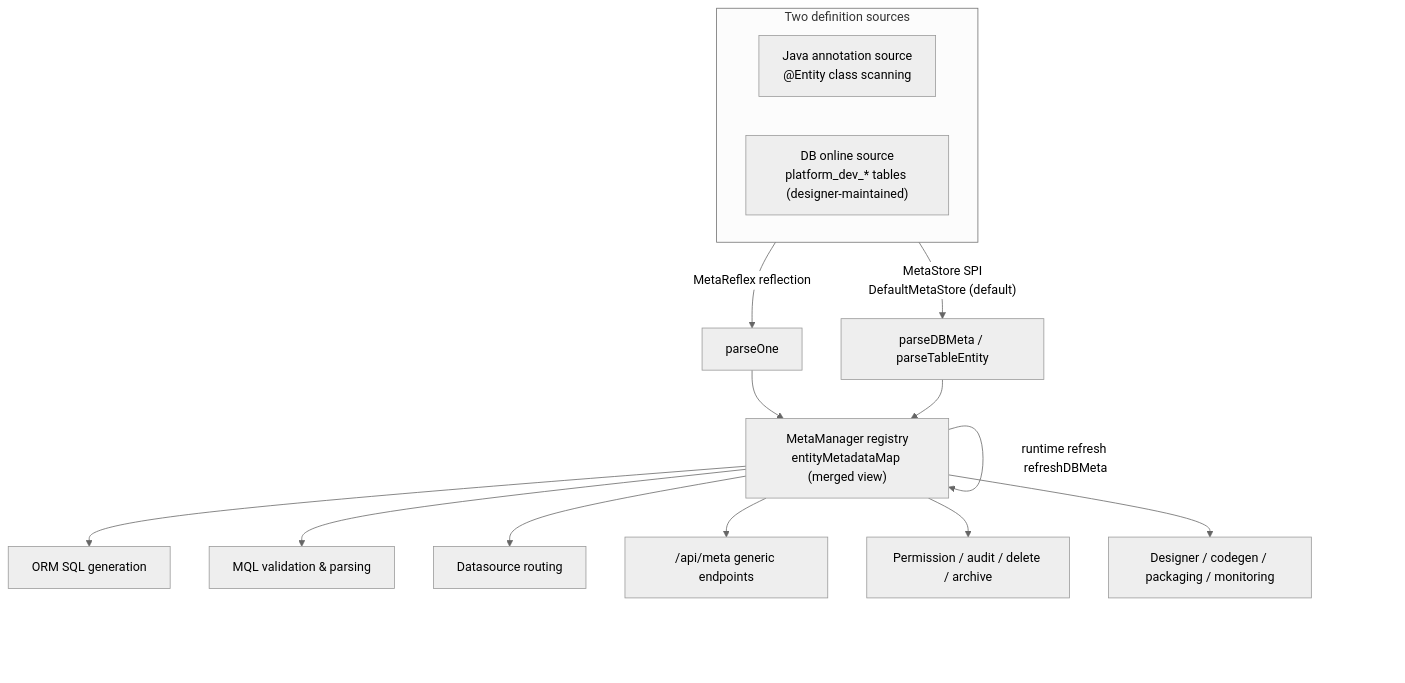
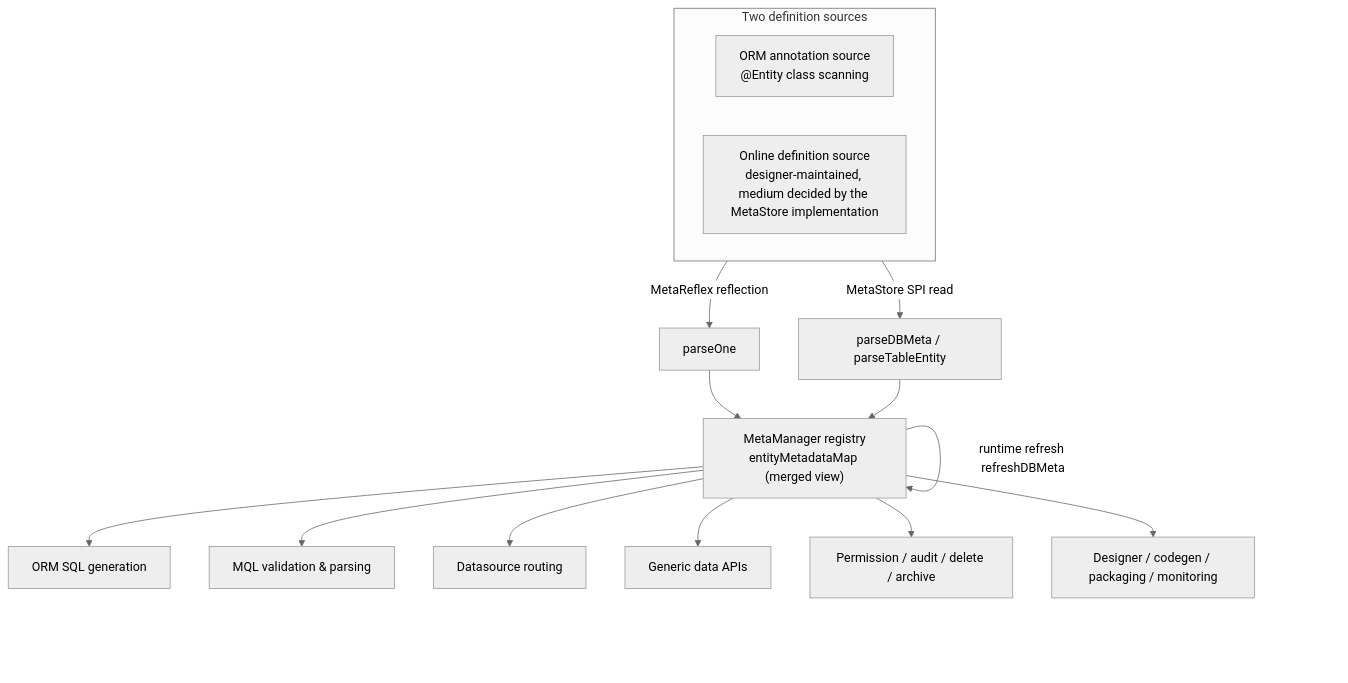
Before and after one commit to geelato-projects/geelato-community-backend: the diagram in website/i18n/en/docusaurus-plugin-content-docs/current/metadata/overview.md, drawn with Mermaid (neutral theme). The commit also changed other lines of this file and 42 other files, not shown here.

````diff
--- a/website/i18n/en/docusaurus-plugin-content-docs/current/metadata/overview.md
+++ b/website/i18n/en/docusaurus-plugin-content-docs/current/metadata/overview.md
@@ -41,19 +43,19 @@
 ```mermaid
 flowchart TB
     subgraph sources["Two definition sources"]
         direction LR
-        A["Java annotation source<br/>@Entity class scanning"]
-        B["DB online source<br/>platform_dev_* tables (designer-maintained)"]
+        A["ORM annotation source<br/>@Entity class scanning"]
+        B["Online definition source<br/>designer-maintained, medium decided by the MetaStore implementation"]
     end
     A -->|"MetaReflex reflection"| R["parseOne"]
-    B -->|"MetaStore SPI<br/>DefaultMetaStore (default)"| R2["parseDBMeta / parseTableEntity"]
+    B -->|"MetaStore SPI read"| R2["parseDBMeta / parseTableEntity"]
     R --> M["MetaManager registry<br/>entityMetadataMap (merged view)"]
     R2 --> M
     M -->|"runtime refresh refreshDBMeta"| M
     M --> C1["ORM SQL generation"]
     M --> C2["MQL validation & parsing"]
     M --> C3["Datasource routing"]
-    M --> C4["/api/meta generic endpoints"]
+    M --> C4["Generic data APIs"]
     M --> C5["Permission / audit / delete / archive"]
     M --> C6["Designer / codegen / packaging / monitoring"]
 ```
````
